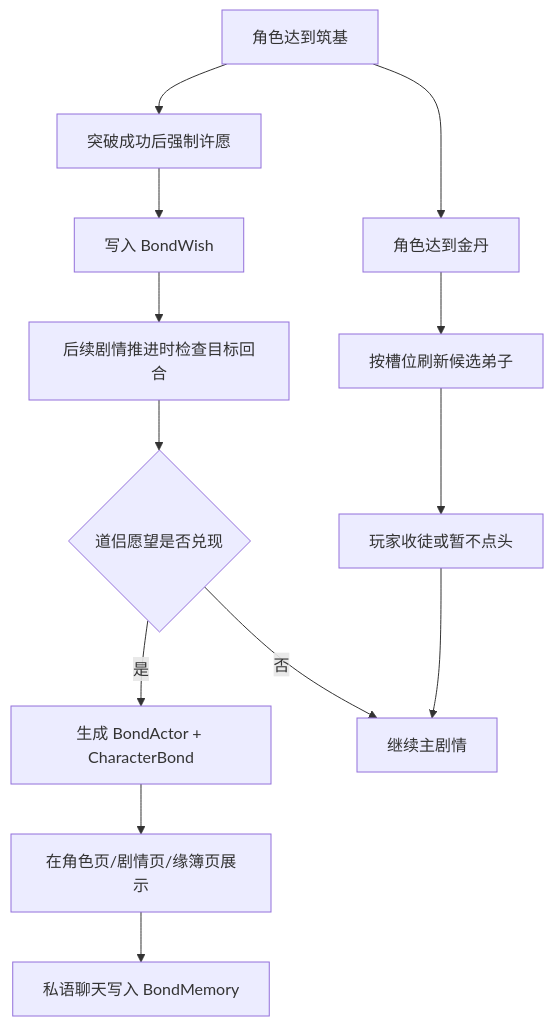
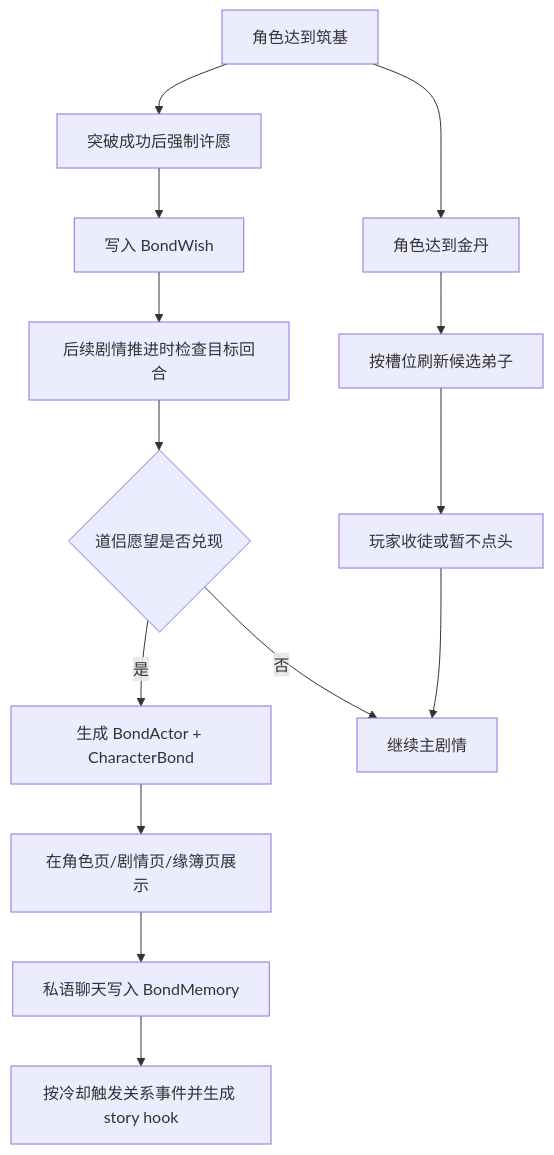
The third of 3 diagrams in docs/PROJECT_ARCHITECTURE.md (cdotlock/Open-Cultivation-Simulator), drawn with Mermaid before and after one commit. The commit also changed other lines of this file and 14 other files, not shown here.

````diff
--- a/docs/PROJECT_ARCHITECTURE.md
+++ b/docs/PROJECT_ARCHITECTURE.md
@@ -190,15 +190,16 @@
 ```mermaid
 flowchart TD
   A["角色达到筑基"] --> B["突破成功后强制许愿"]
   B --> C["写入 BondWish"]
   C --> D["后续剧情推进时检查目标回合"]
   D --> E{"道侣愿望是否兑现"}
   E -->|是| F["生成 BondActor + CharacterBond"]
   E -->|否| G["继续主剧情"]
   F --> H["在角色页/剧情页/缘簿页展示"]
   H --> I["私语聊天写入 BondMemory"]
+  I --> M["按冷却触发关系事件并生成 story hook"]
   A --> J["角色达到金丹"]
   J --> K["按槽位刷新候选弟子"]
   K --> L["玩家收徒或暂不点头"]
   L --> G
 ```
````
